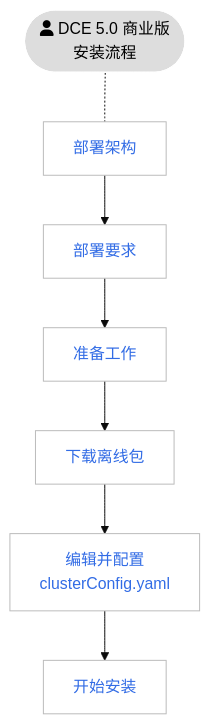
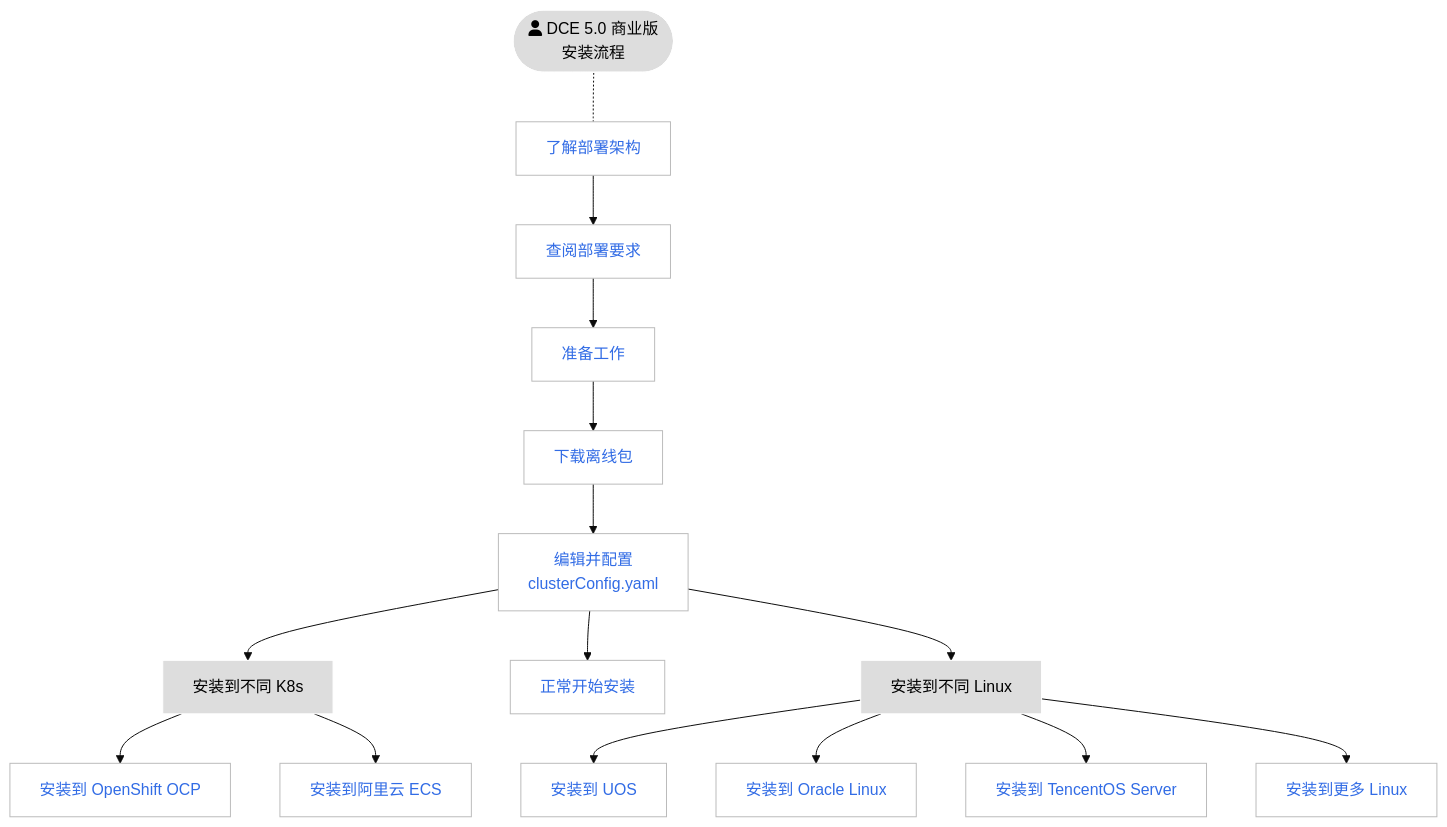
Before and after one commit to DaoCloud/DaoCloud-docs: the second of 2 diagrams in docs/zh/docs/install/index.md, drawn with Mermaid (base theme). The commit also changed other lines of this file and 1 other file, not shown here.

Commit message:
update install index mermaid

````diff
--- a/docs/zh/docs/install/index.md
+++ b/docs/zh/docs/install/index.md
@@ -117,27 +117,39 @@
 ```mermaid
 flowchart TB
 
-    start([fa:fa-user DCE 5.0 商业版<br>安装流程]) -.- arch[部署架构]
-    arch --> deploy[部署要求]
+    start([fa:fa-user DCE 5.0 商业版<br>安装流程]) -.- arch[了解部署架构]
+    arch --> deploy[查阅部署要求]
     deploy --> prepare[准备工作]
     prepare --> download[下载离线包]
     download --> config[编辑并配置<br>clusterConfig.yaml]
-    config --> install[开始安装]
+    
+    config --> other-k8s[安装到不同 K8s]
+    config --> install[正常开始安装]
+    config --> other-os[安装到不同 Linux]
+
+    other-k8s --> ocp[安装到 OpenShift OCP]
+    other-k8s --> ali[安装到阿里云 ECS]
+
+    other-os --> uos[安装到 UOS]
+    other-os --> oracle[安装到 Oracle Linux]
+    other-os --> tencent[安装到 TencentOS Server]
+    other-os --> other[安装到更多 Linux]
+
 
 classDef grey fill:#dddddd,stroke:#ffffff,stroke-width:1px,color:#000000, font-size:15px;
 classDef white fill:#ffffff,stroke:#000,stroke-width:1px,color:#000,font-weight:bold
 classDef spacewhite fill:#ffffff,stroke:#fff,stroke-width:0px,color:#000
 classDef plain fill:#ddd,stroke:#fff,stroke-width:1px,color:#000;
 classDef k8s fill:#326ce5,stroke:#fff,stroke-width:1px,color:#fff;
 classDef cluster fill:#fff,stroke:#bbb,stroke-width:1px,color:#326ce5;
 
-class arch,deploy,prepare,download,config,install cluster
-class start plain
+class arch,deploy,prepare,download,config,install,ocp,ali,uos,oracle,tencent,other cluster
+class start,other-k8s,other-os plain
 
-click arch "https://docs.daocloud.io/install/commercial/deploy-arch/"
-click deploy "https://docs.daocloud.io/install/commercial/deploy-requirements/"
-click prepare "https://docs.daocloud.io/install/commercial/prepare/"
-click download "https://docs.daocloud.io/install/commercial/start-install/#1"
-click config "https://docs.daocloud.io/install/commercial/start-install/#2"
-click install "https://docs.daocloud.io/install/commercial/start-install/#3"
+click arch "https://docs.daocloud.io/install/commercial/deploy-arch.html"
+click deploy "https://docs.daocloud.io/install/commercial/deploy-requirements.html"
+click prepare "https://docs.daocloud.io/install/commercial/prepare.html"
+click download "https://docs.daocloud.io/install/commercial/start-install.html#1"
+click config "https://docs.daocloud.io/install/commercial/start-install.html#2-clusterconfigyaml"
+click install "https://docs.daocloud.io/install/commercial/start-install.html#3"
 ```
````
